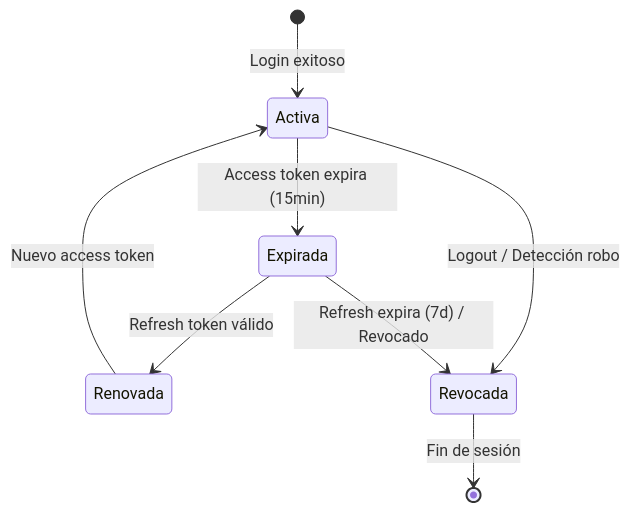
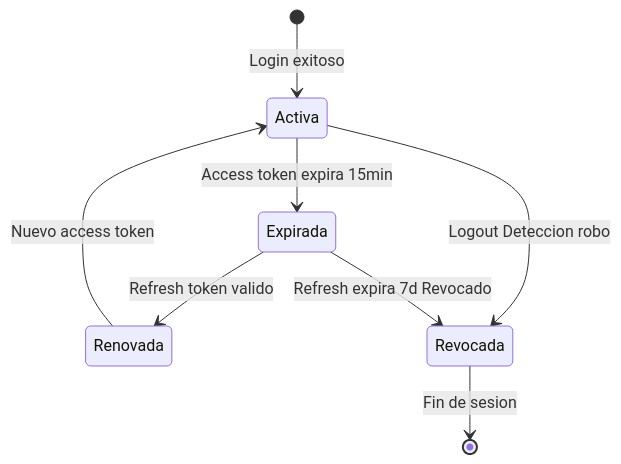
One commit to ybotet/SISGAD5_1.0 changed the third of 3 diagrams in docs/09_state_machines.ru.md. Above: the diagram before and after it, drawn with Mermaid. The commit also changed other lines of this file and 5 other files, not shown here.

````diff
--- a/docs/09_state_machines.ru.md
+++ b/docs/09_state_machines.ru.md
@@ -215,10 +230,10 @@
 ```mermaid
 stateDiagram-v2
     [*] --> Activa: Login exitoso
-    Activa --> Expirada: Access token expira (15min)
-    Expirada --> Renovada: Refresh token válido
+    Activa --> Expirada: Access token expira 15min
+    Expirada --> Renovada: Refresh token valido
     Renovada --> Activa: Nuevo access token
-    Activa --> Revocada: Logout / Detección robo
-    Expirada --> Revocada: Refresh expira (7d) / Revocado
-    Revocada --> [*]: Fin de sesión
+    Activa --> Revocada: Logout Deteccion robo
+    Expirada --> Revocada: Refresh expira 7d Revocado
+    Revocada --> [*]: Fin de sesion
 ```
````
